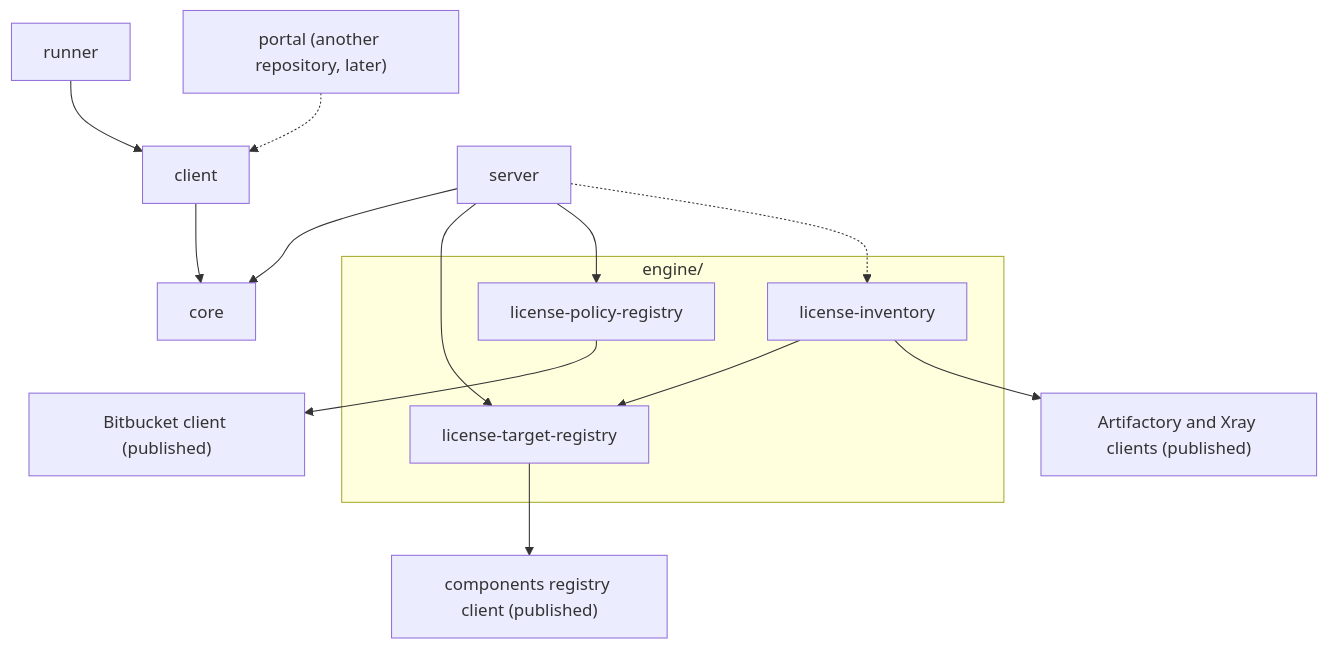
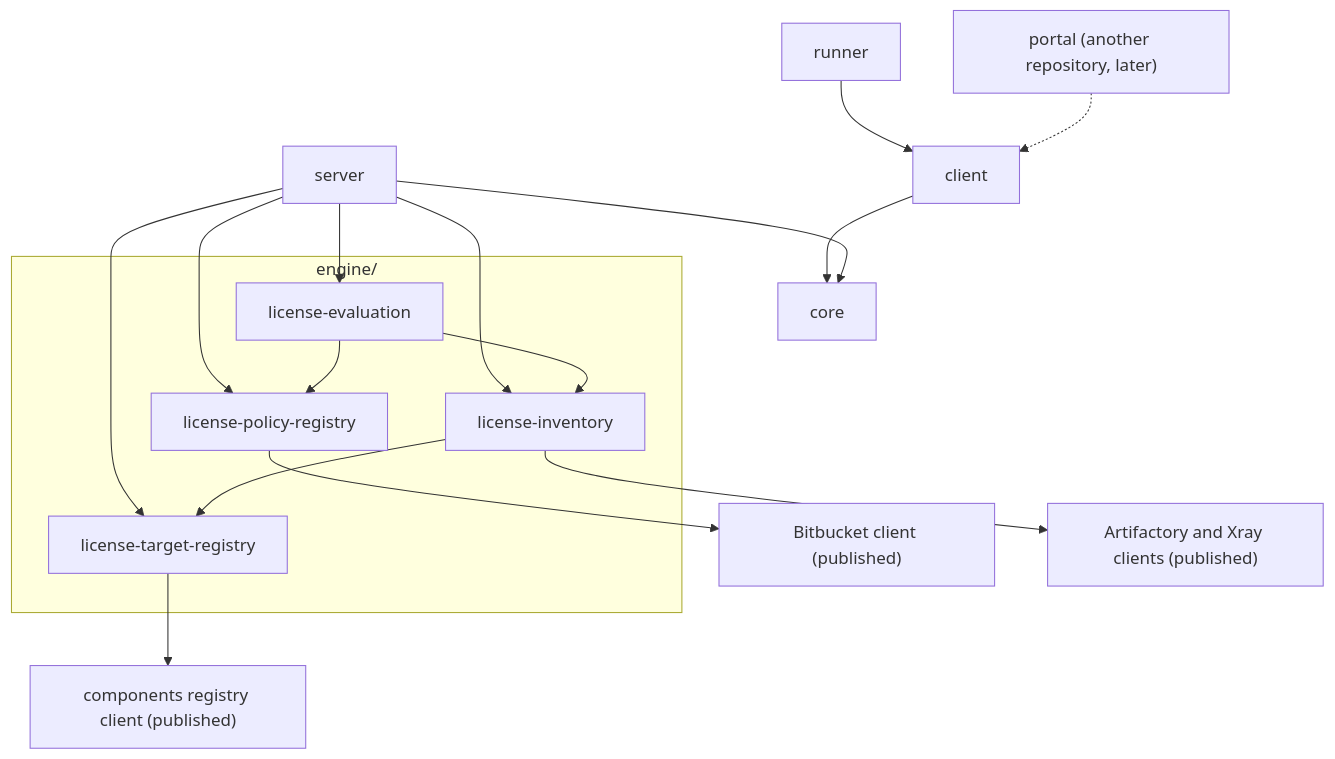
Before and after one commit to octopusden/octopus-license-service: the diagram in docs/architecture.md, drawn with Mermaid. The commit also changed other lines of this file and 3 other files, not shown here.

````diff
--- a/docs/architecture.md
+++ b/docs/architecture.md
@@ -7,19 +7,23 @@
 ```mermaid
 flowchart TD
     runner --> client
     portal["portal (another repository, later)"] -.-> client
     client --> core
     server --> core
     server --> target
     server --> policy
-    server -.-> inventory
+    server --> inventory
+    server --> evaluation
     subgraph engine["engine/"]
         target["license-target-registry"]
         policy["license-policy-registry"]
         inventory["license-inventory"]
+        evaluation["license-evaluation"]
     end
     target --> crs["components registry client (published)"]
     policy --> bitbucket["Bitbucket client (published)"]
     inventory --> target
     inventory --> jfrog["Artifactory and Xray clients (published)"]
+    evaluation --> inventory
+    evaluation --> policy
 ```
````
